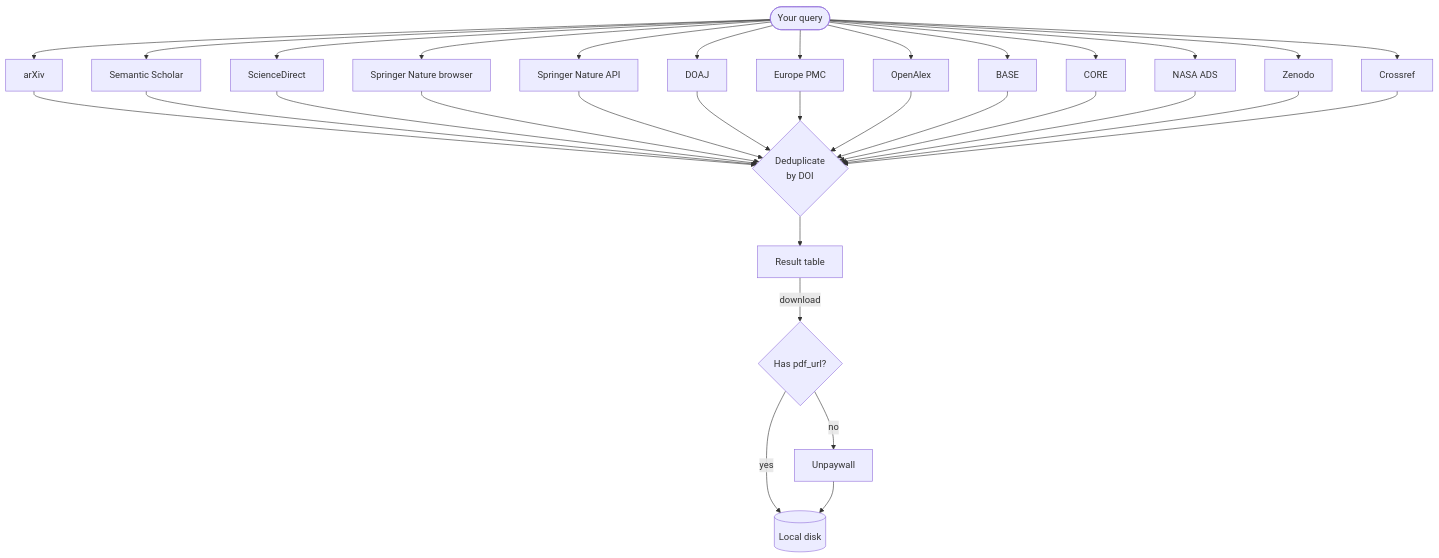
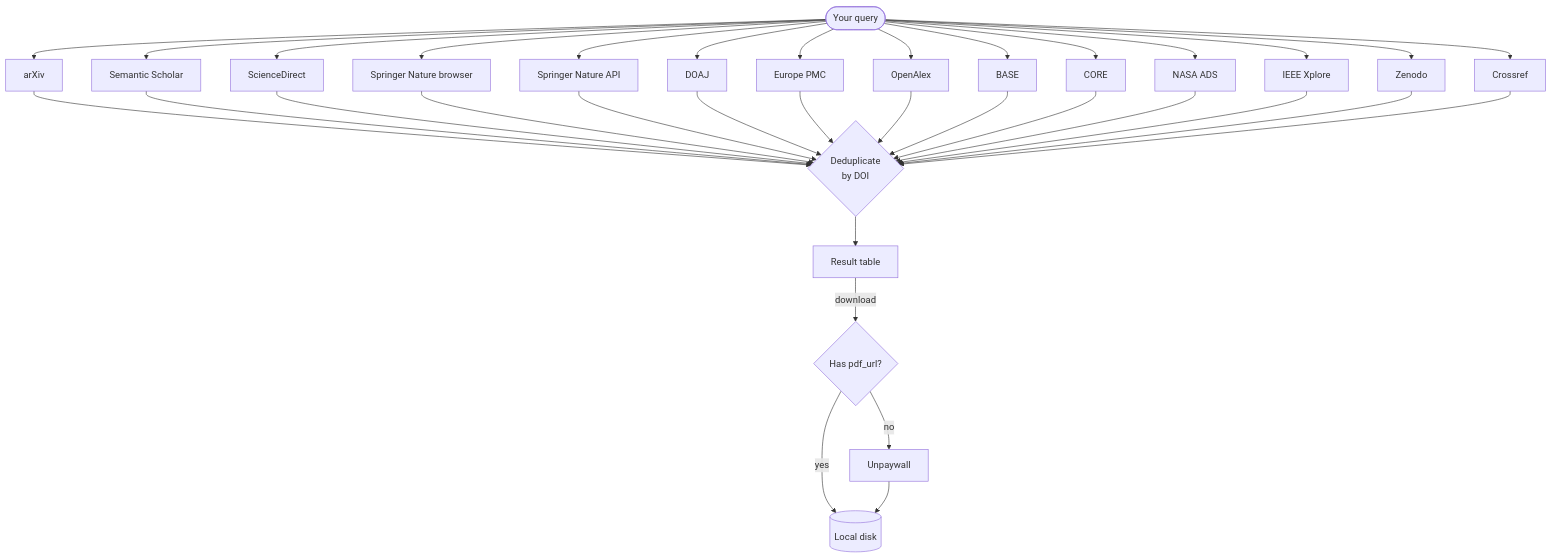
The diagram in docs/guide/sources.md (szaghi/mosaic), drawn with Mermaid before and after one commit. The commit also changed other lines of this file and 12 other files, not shown here.

First line of the commit message:
feat(sources): add IEEE Xplore search source

````diff
--- a/docs/guide/sources.md
+++ b/docs/guide/sources.md
@@ -9,22 +9,23 @@
 ```mermaid
 flowchart TD
     Q([Your query]) --> A[arXiv]
     Q --> B[Semantic Scholar]
     Q --> C[ScienceDirect]
     Q --> SP[Springer Nature browser]
     Q --> SPN[Springer Nature API]
     Q --> D[DOAJ]
     Q --> E[Europe PMC]
     Q --> F[OpenAlex]
     Q --> G[BASE]
     Q --> H[CORE]
     Q --> N[NASA ADS]
+    Q --> IEEE[IEEE Xplore]
     Q --> Z[Zenodo]
     Q --> CR[Crossref]
-    A & B & C & SP & SPN & D & E & F & G & H & N & Z & CR --> I{Deduplicate\nby DOI}
+    A & B & C & SP & SPN & D & E & F & G & H & N & IEEE & Z & CR --> I{Deduplicate\nby DOI}
     I --> J[Result table]
     J -->|download| K{Has pdf_url?}
     K -- yes --> L[(Local disk)]
     K -- no --> M[Unpaywall]
     M --> L
 ```
````
